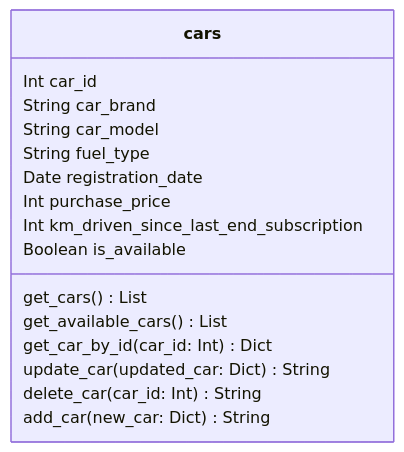
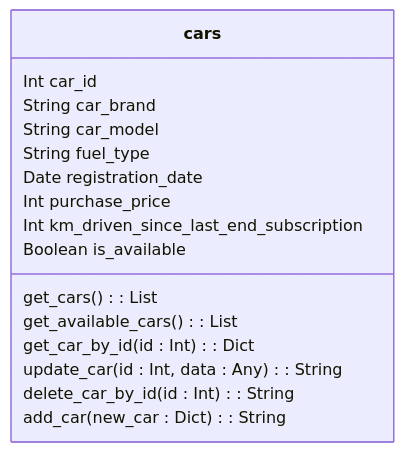
One commit to Bilabonnement-eksamensopgave-2024/bil-microservice changed the diagram in README.md. Above: the diagram before and after it, drawn with Mermaid.

````diff
--- a/README.md
+++ b/README.md
@@ -54,19 +54,19 @@
 ``` mermaid
 classDiagram
   class cars {
         Int car_id
         String car_brand
         String car_model
         String fuel_type
         Date registration_date
         Int purchase_price
         Int km_driven_since_last_end_subscription
         Boolean is_available
-        get_cars() List
-        get_available_cars() List
-        get_car_by_id(car_id: Int) Dict
-        update_car(updated_car: Dict) String
-        delete_car(car_id: Int) String
-        add_car(new_car: Dict) String
+        get_cars() : List
+        get_available_cars() : List
+        get_car_by_id(id : Int) : Dict  
+        update_car(id : Int, data : Any) : String
+        delete_car_by_id(id : Int) : String
+        add_car(new_car : Dict) : String
     }
 ```
````
